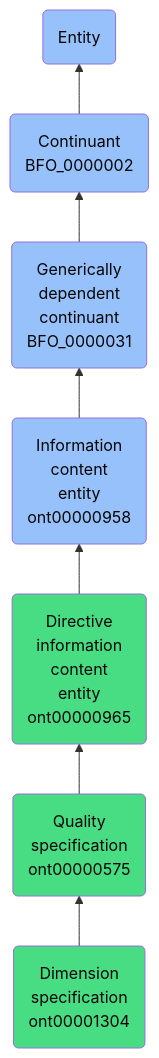
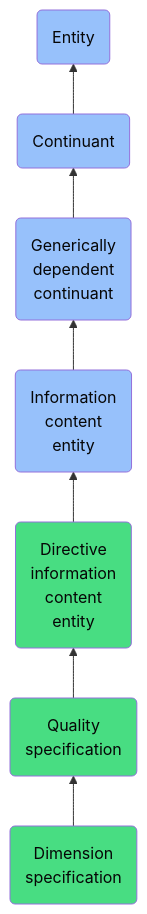
Before and after one commit to jupyter-naas/abi: the diagram in docs/ontology/reference/model/Entity/Continuant/Generically dependent continuant/Information content entity/Directive information content entity/Quality specification/Dimension specification/Dimension specification.md, drawn with Mermaid. The commit also changed other lines of this file and 1430 other files, not shown here.

````diff
--- a/docs/ontology/reference/model/Entity/Continuant/Generically dependent continuant/Information content entity/Directive information content entity/Quality specification/Dimension specification/Dimension specification.md
+++ b/docs/ontology/reference/model/Entity/Continuant/Generically dependent continuant/Information content entity/Directive information content entity/Quality specification/Dimension specification/Dimension specification.md
@@ -24,14 +24,14 @@
 ```mermaid
 graph BT
-    ont00001304(Dimension<br>specification<br>ont00001304):::ABI-->ont00000575
-    ont00000575(Quality<br>specification<br>ont00000575):::ABI-->ont00000965
-    ont00000965(Directive<br>information<br>content<br>entity<br>ont00000965):::ABI-->ont00000958
-    ont00000958(Information<br>content<br>entity<br>ont00000958):::BFO-->BFO_0000031
-    BFO_0000031(Generically<br>dependent<br>continuant<br>BFO_0000031):::BFO-->BFO_0000002
-    BFO_0000002(Continuant<br>BFO_0000002):::BFO-->BFO_0000001
+    ont00001304(Dimension<br>specification):::ABI-->ont00000575
+    ont00000575(Quality<br>specification):::ABI-->ont00000965
+    ont00000965(Directive<br>information<br>content<br>entity):::ABI-->ont00000958
+    ont00000958(Information<br>content<br>entity):::BFO-->BFO_0000031
+    BFO_0000031(Generically<br>dependent<br>continuant):::BFO-->BFO_0000002
+    BFO_0000002(Continuant):::BFO-->BFO_0000001
     BFO_0000001(Entity):::BFO
     
     classDef BFO fill:#97c1fb,color:#060606
     classDef CCO fill:#e4c51e,color:#060606
     classDef ABI fill:#48DD82,color:#060606
 ```
````
